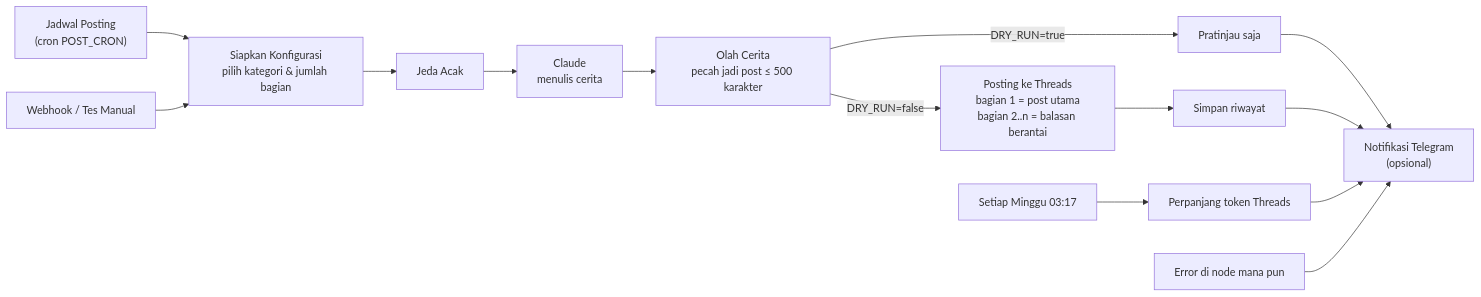
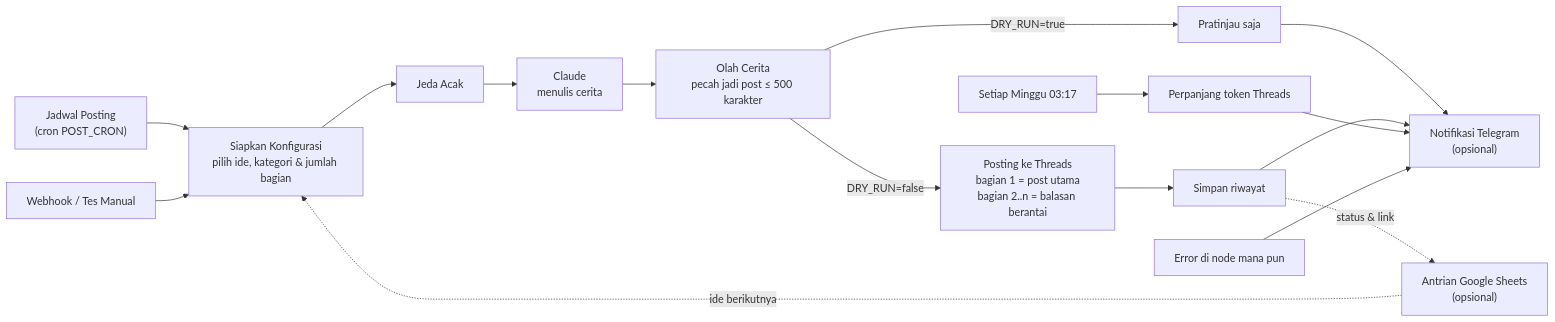
The diagram in README.md (ReygaElkigia/AutoPostThreads), drawn with Mermaid before and after one commit. The commit also changed other lines of this file and 3 other files, not shown here.

First line of the commit message:
Add optional Google Sheets queue for story ideas

````diff
--- a/README.md
+++ b/README.md
@@ -24,16 +25,18 @@
 ```mermaid
 flowchart LR
   A["Jadwal Posting<br/>(cron POST_CRON)"] --> C
   B["Webhook / Tes Manual"] --> C
-  C["Siapkan Konfigurasi<br/>pilih kategori & jumlah bagian"] --> D["Jeda Acak"]
+  S["Antrian Google Sheets<br/>(opsional)"] -.->|"ide berikutnya"| C
+  C["Siapkan Konfigurasi<br/>pilih ide, kategori & jumlah bagian"] --> D["Jeda Acak"]
   D --> E["Claude<br/>menulis cerita"]
   E --> F["Olah Cerita<br/>pecah jadi post ≤ 500 karakter"]
   F -->|"DRY_RUN=true"| G["Pratinjau saja"]
   F -->|"DRY_RUN=false"| H["Posting ke Threads<br/>bagian 1 = post utama<br/>bagian 2..n = balasan berantai"]
   H --> I["Simpan riwayat"]
+  I -.->|"status & link"| S
   J["Setiap Minggu 03:17"] --> K["Perpanjang token Threads"]
   G --> T["Notifikasi Telegram<br/>(opsional)"]
   I --> T
   K --> T
   X["Error di node mana pun"] --> T
 ```
````
